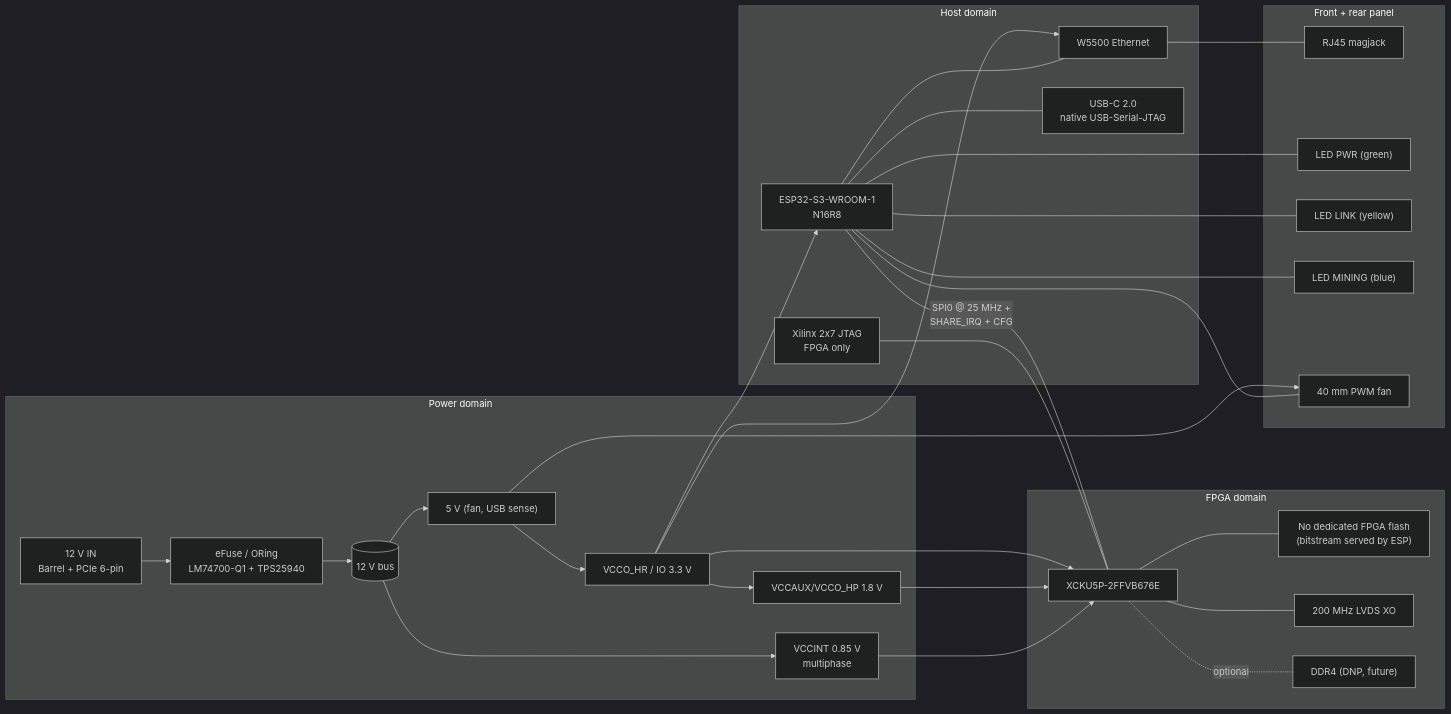
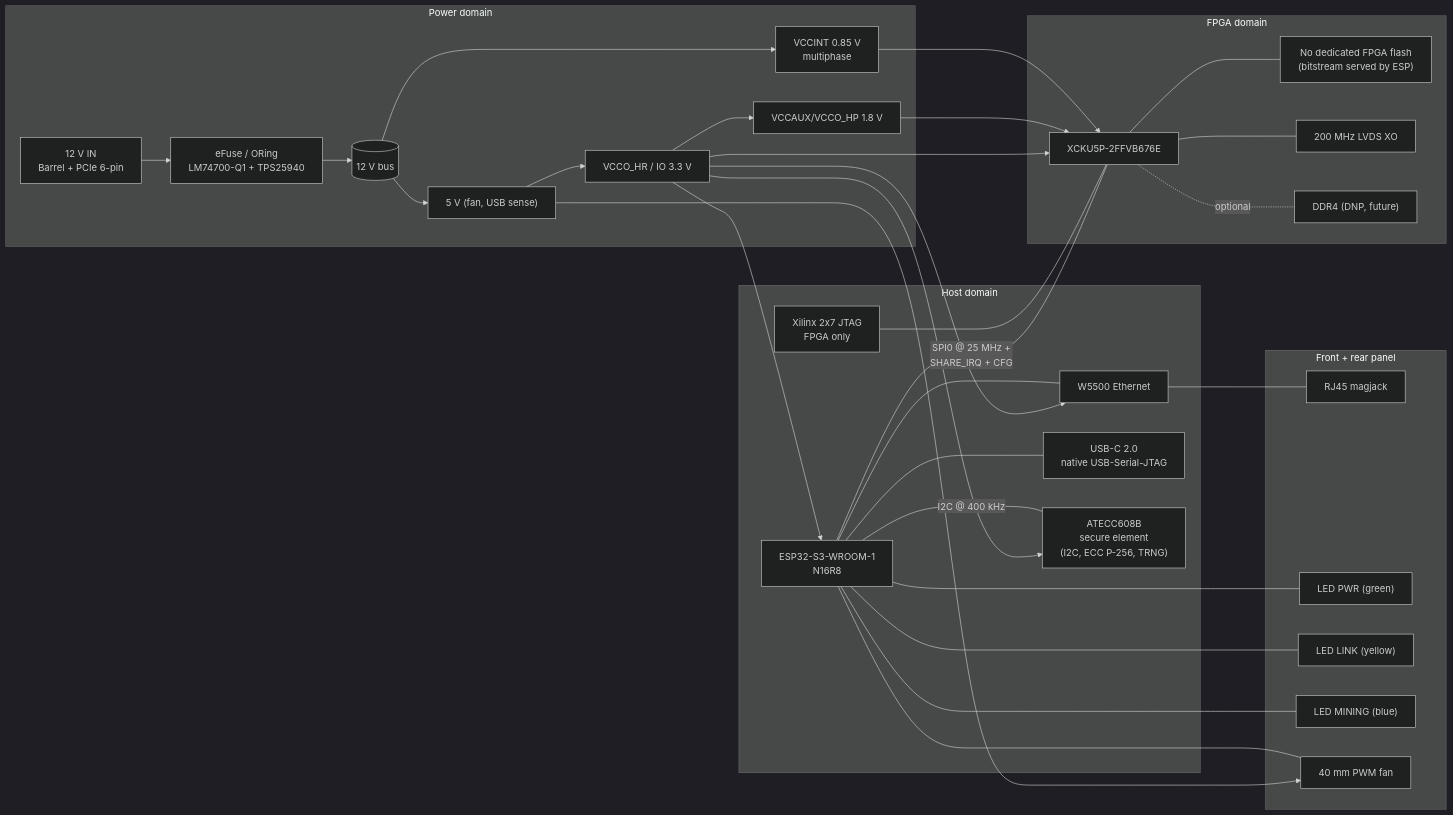
The first of 3 diagrams in contrib/miner/b3miner-hardware/SCHEMATIC.md (b3chain/b3chain), drawn with Mermaid (dark theme) before and after one commit. The commit also changed other lines of this file and 1 other file, not shown here.

First line of the commit message:
b3miner-1: add Microchip ATECC608B secure element

````diff
--- a/contrib/miner/b3miner-hardware/SCHEMATIC.md
+++ b/contrib/miner/b3miner-hardware/SCHEMATIC.md
@@ -87,57 +87,60 @@
 ```mermaid
 flowchart LR
     subgraph PWR [Power domain]
         DCIN["12 V IN<br/>Barrel + PCIe 6-pin"]
         EFUSE["eFuse / ORing<br/>LM74700-Q1 + TPS25940"]
         VCCINT["VCCINT 0.85 V<br/>multiphase"]
         V1V8["VCCAUX/VCCO_HP 1.8 V"]
         V3V3["VCCO_HR / IO 3.3 V"]
         V5V0["5 V (fan, USB sense)"]
         DCIN --> EFUSE --> V12[(12 V bus)]
         V12 --> VCCINT
         V12 --> V5V0
         V5V0 --> V3V3
         V3V3 --> V1V8
     end
 
     subgraph FPGAdom [FPGA domain]
         KU5P["XCKU5P-2FFVB676E"]
         FPGAFLASH["No dedicated FPGA flash<br/>(bitstream served by ESP)"]
         XO200["200 MHz LVDS XO"]
         DDR4["DDR4 (DNP, future)"]
         KU5P --- XO200
         KU5P --- FPGAFLASH
         KU5P -.optional.- DDR4
     end
 
     subgraph HOST [Host domain]
         ESP["ESP32-S3-WROOM-1<br/>N16R8"]
         W5500["W5500 Ethernet"]
         USBC["USB-C 2.0<br/>native USB-Serial-JTAG"]
         JTAG["Xilinx 2x7 JTAG<br/>FPGA only"]
+        SEC["ATECC608B<br/>secure element<br/>(I2C, ECC P-256, TRNG)"]
         ESP --- W5500
         ESP --- USBC
+        ESP -- "I2C @ 400 kHz" --- SEC
     end
 
     subgraph IO [Front + rear panel]
         RJ45["RJ45 magjack"]
         LED_PWR["LED PWR (green)"]
         LED_LINK["LED LINK (yellow)"]
         LED_MINE["LED MINING (blue)"]
         FAN["40 mm PWM fan"]
         W5500 --- RJ45
         ESP --- LED_PWR
         ESP --- LED_LINK
         ESP --- LED_MINE
         ESP --- FAN
     end
 
     VCCINT --> KU5P
     V1V8 --> KU5P
     V3V3 --> ESP
     V3V3 --> W5500
     V3V3 --> KU5P
+    V3V3 --> SEC
     V5V0 --> FAN
     JTAG --- KU5P
     ESP -- "SPI0 @ 25 MHz +<br/>SHARE_IRQ + CFG" --- KU5P
 ```
````
